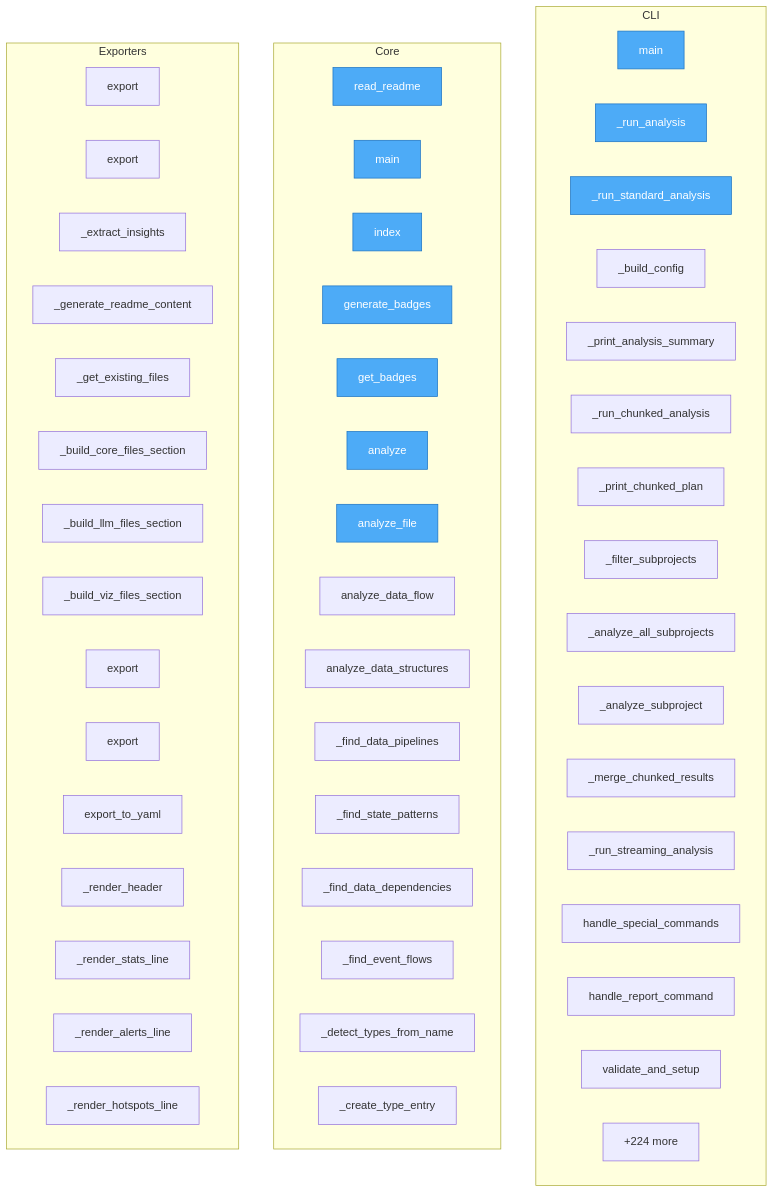
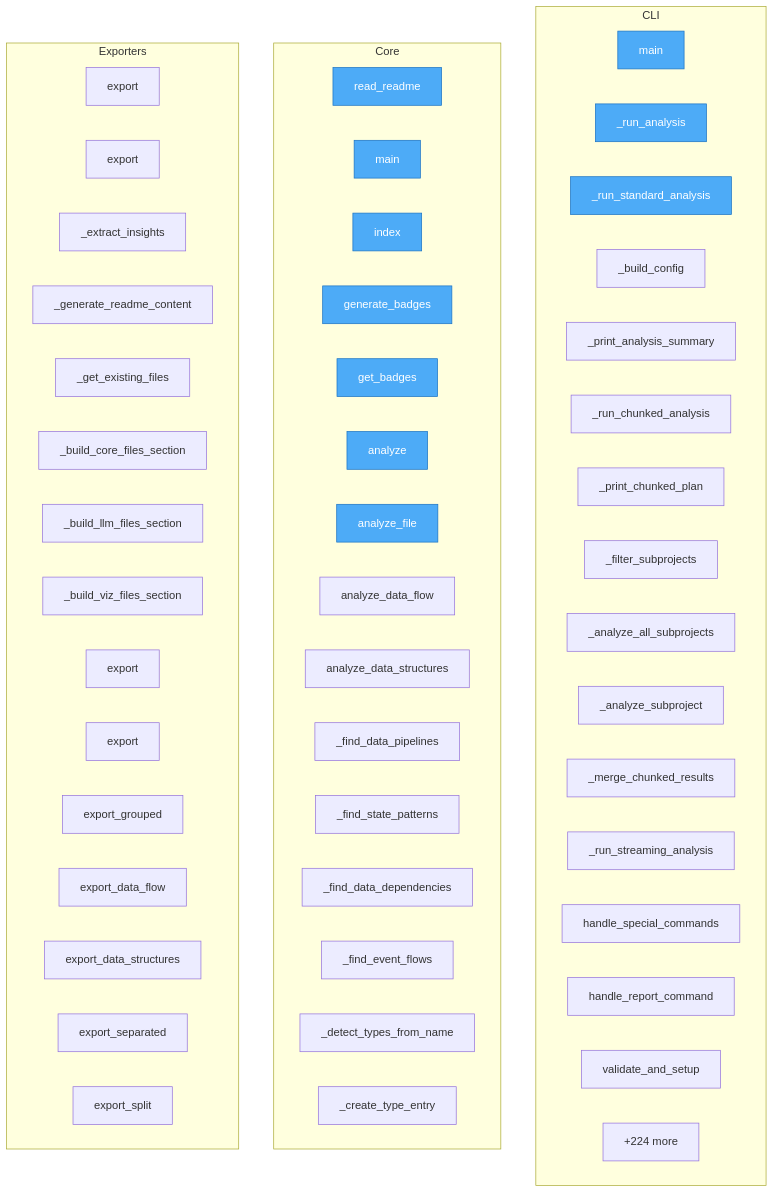
The diagram in project/flow.mmd (wronai/code2llm), drawn with Mermaid before and after one commit. The commit also changed 21 other files, not shown here.

First line of the commit message:
refactor(docs): code analysis engine

```diff
--- a/project/flow.mmd
+++ b/project/flow.mmd
@@ -1,63 +1,63 @@
 flowchart TD
 
     %% Entry points (blue)
     classDef entry fill:#4dabf7,stroke:#1971c2,color:#fff
 
     subgraph CLI
         code2llm__cli__main["main"]
         code2llm__cli_analysis___run_analysis["_run_analysis"]
         code2llm__cli_analysis___run_standard_analysis["_run_standard_analysis"]
         code2llm__cli_analysis___build_config["_build_config"]
         code2llm__cli_analysis___print_analysis_summary["_print_analysis_summary"]
         code2llm__cli_analysis___run_chunked_analysis["_run_chunked_analysis"]
         code2llm__cli_analysis___print_chunked_plan["_print_chunked_plan"]
         code2llm__cli_analysis___filter_subprojects["_filter_subprojects"]
         code2llm__cli_analysis___analyze_all_subprojects["_analyze_all_subprojects"]
         code2llm__cli_analysis___analyze_subproject["_analyze_subproject"]
         code2llm__cli_analysis___merge_chunked_results["_merge_chunked_results"]
         code2llm__cli_analysis___run_streaming_analysis["_run_streaming_analysis"]
         code2llm__cli_commands__handle_special_commands["handle_special_commands"]
         code2llm__cli_commands__handle_report_command["handle_report_command"]
         code2llm__cli_commands__validate_and_setup["validate_and_setup"]
-        ...["+44 more"]
+        ...["+43 more"]
     end
 
     subgraph Core
         setup__read_readme["read_readme"]
         validate_toon__main["main"]
         badges__server__index["index"]
         badges__server__generate_badges["generate_badges"]
         badges__server__get_badges["get_badges"]
         code2llm__api__analyze["analyze"]
         code2llm__api__analyze_file["analyze_file"]
         code2llm__DataAnalyzer__analyze_data_flow["analyze_data_flow"]
         code2llm__DataAnalyzer__analyze_data_structures["analyze_data_structures"]
         code2llm__DataAnalyzer___find_data_pipelines["_find_data_pipelines"]
         code2llm__DataAnalyzer___find_state_patterns["_find_state_patterns"]
         code2llm__DataAnalyzer___find_data_dependencies["_find_data_dependencies"]
         code2llm__DataAnalyzer___find_event_flows["_find_event_flows"]
         code2llm__DataAnalyzer___detect_types_from_name["_detect_types_from_name"]
         code2llm__DataAnalyzer___create_type_entry["_create_type_entry"]
         ...["+291 more"]
     end
 
     subgraph Exporters
         code2llm__exporters__base__Exporter__export["export"]
         code2llm__exporters__readme_exporter__READMEExporter__export["export"]
         code2llm__READMEExporter___extract_insights["_extract_insights"]
         code2llm__READMEExporter___generate_readme_content["_generate_readme_content"]
         code2llm__READMEExporter___get_existing_files["_get_existing_files"]
         code2llm__READMEExporter___build_core_files_section["_build_core_files_section"]
         code2llm__READMEExporter___build_llm_files_section["_build_llm_files_section"]
         code2llm__READMEExporter___build_viz_files_section["_build_viz_files_section"]
         code2llm__exporters__json_exporter__JSONExporter__export["export"]
-        code2llm__exporters__map_exporter__MapExporter__export["export"]
-        code2llm__MapExporter__export_to_yaml["export_to_yaml"]
-        code2llm__MapExporter___render_header["_render_header"]
-        code2llm__MapExporter___render_stats_line["_render_stats_line"]
-        code2llm__MapExporter___render_alerts_line["_render_alerts_line"]
-        code2llm__MapExporter___render_hotspots_line["_render_hotspots_line"]
+        code2llm__exporters__yaml_exporter__YAMLExporter__export["export"]
+        code2llm__YAMLExporter__export_grouped["export_grouped"]
+        code2llm__YAMLExporter__export_data_flow["export_data_flow"]
+        code2llm__YAMLExporter__export_data_structures["export_data_structures"]
+        code2llm__YAMLExporter__export_separated["export_separated"]
+        code2llm__YAMLExporter__export_split["export_split"]
         ...["+224 more"]
     end
 
-    class setup__read_readme,validate_toon__main,badges__server__index,badges__server__generate_badges,badges__server__get_badges,code2llm__cli__main,code2llm__api__analyze,code2llm__api__analyze_file,code2llm__cli_analysis___run_analysis,code2llm__cli_analysis___run_standard_analysis entry
+    class setup__read_readme,validate_toon__main,code2llm__cli__main,badges__server__index,badges__server__generate_badges,badges__server__get_badges,code2llm__api__analyze,code2llm__api__analyze_file,code2llm__cli_analysis___run_analysis,code2llm__cli_analysis___run_standard_analysis entry
```
